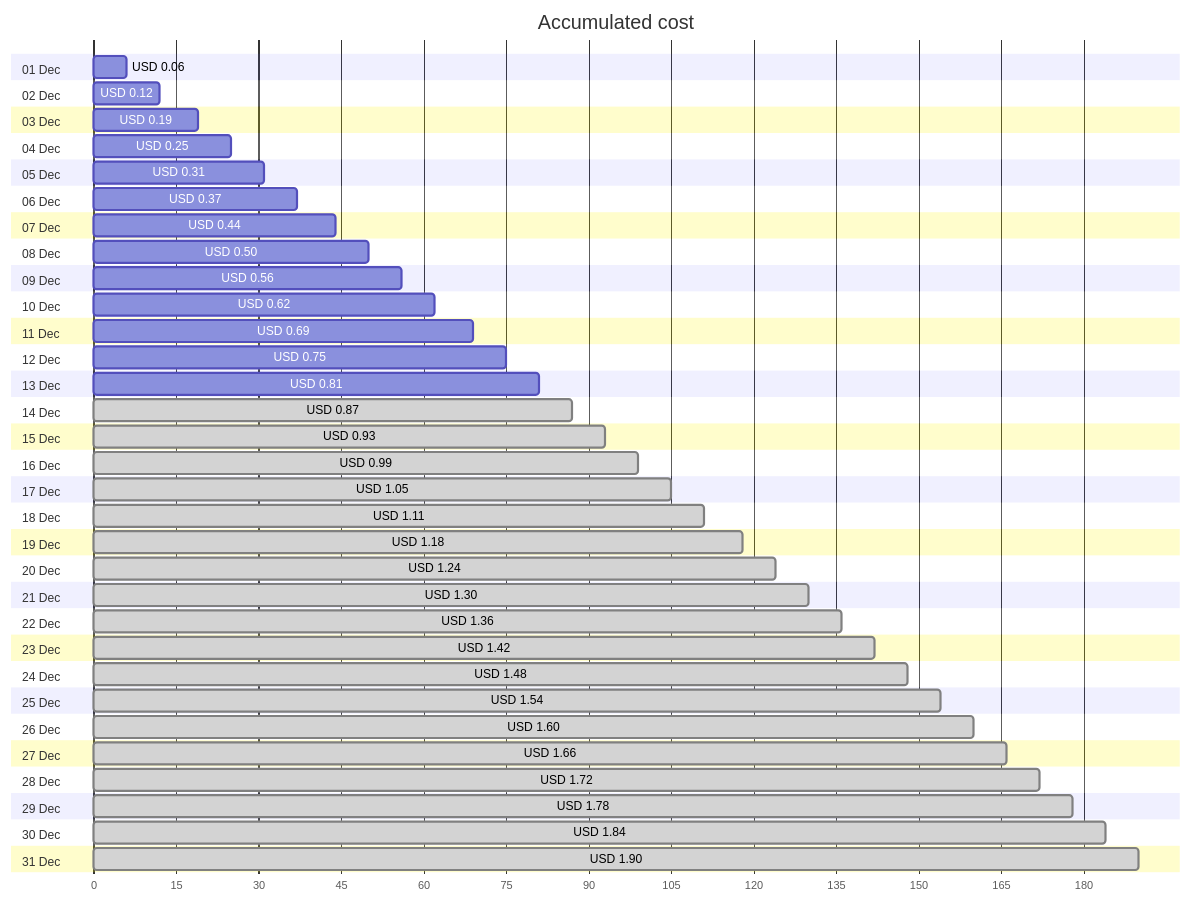
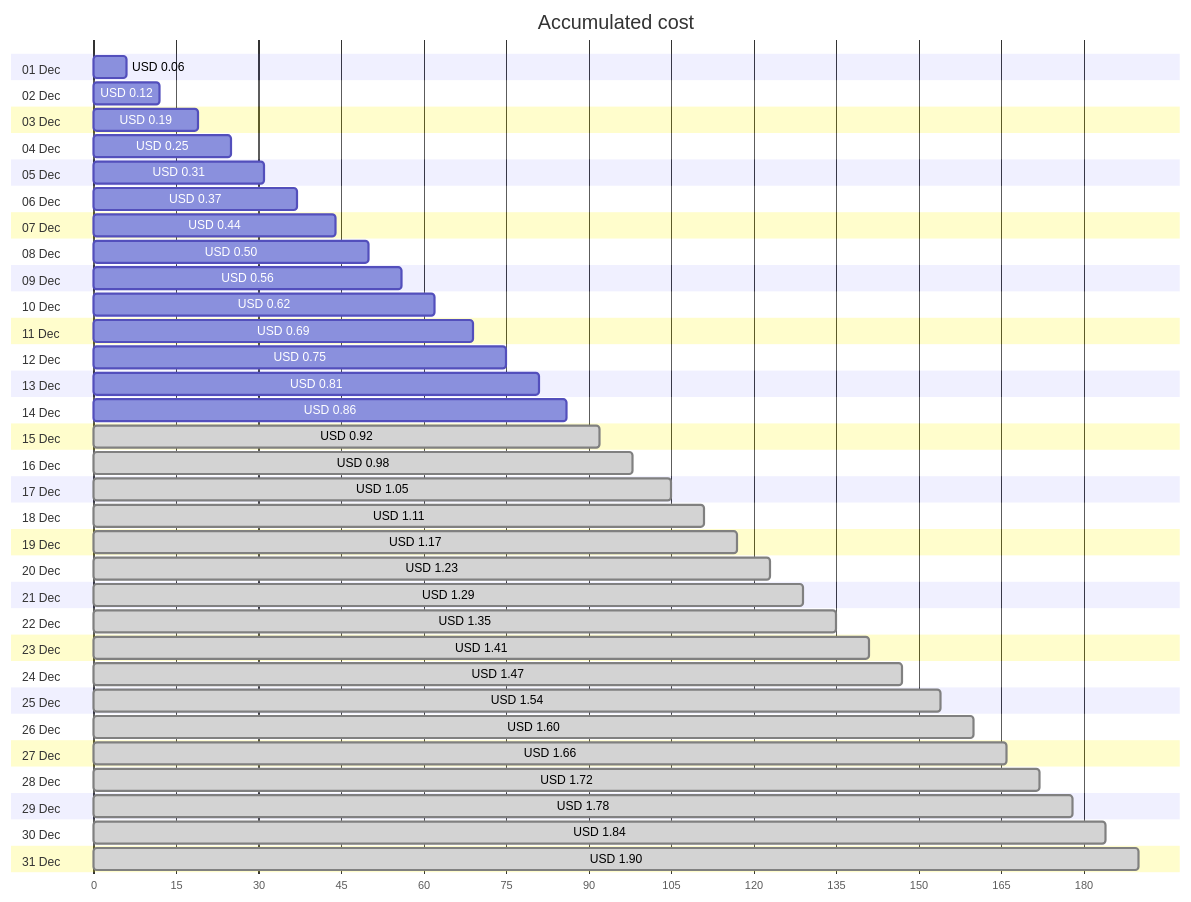
Before and after one commit to jpfulton/azure-personal-reports: the first of 4 diagrams in cost-reports/personal-network/vpn-server_OsDisk.md, drawn with Mermaid. The commit also changed other lines of this file and 8 other files, not shown here.

````diff
--- a/cost-reports/personal-network/vpn-server_OsDisk.md
+++ b/cost-reports/personal-network/vpn-server_OsDisk.md
@@ -20,68 +20,68 @@
 ```mermaid
 gantt
    title Accumulated cost
    dateFormat  X
    axisFormat %s
    section 01 Dec
    USD 0.06 :0, 6
    section 02 Dec
    USD 0.12 :0, 12
    section 03 Dec
    USD 0.19 :0, 19
    section 04 Dec
    USD 0.25 :0, 25
    section 05 Dec
    USD 0.31 :0, 31
    section 06 Dec
    USD 0.37 :0, 37
    section 07 Dec
    USD 0.44 :0, 44
    section 08 Dec
    USD 0.50 :0, 50
    section 09 Dec
    USD 0.56 :0, 56
    section 10 Dec
    USD 0.62 :0, 62
    section 11 Dec
    USD 0.69 :0, 69
    section 12 Dec
    USD 0.75 :0, 75
    section 13 Dec
    USD 0.81 :0, 81
    section 14 Dec
-   USD 0.87 : done, 0, 87
+   USD 0.86 :0, 86
    section 15 Dec
-   USD 0.93 : done, 0, 93
+   USD 0.92 : done, 0, 92
    section 16 Dec
-   USD 0.99 : done, 0, 99
+   USD 0.98 : done, 0, 98
    section 17 Dec
    USD 1.05 : done, 0, 105
    section 18 Dec
    USD 1.11 : done, 0, 111
    section 19 Dec
-   USD 1.18 : done, 0, 118
+   USD 1.17 : done, 0, 117
    section 20 Dec
-   USD 1.24 : done, 0, 124
+   USD 1.23 : done, 0, 123
    section 21 Dec
-   USD 1.30 : done, 0, 130
+   USD 1.29 : done, 0, 129
    section 22 Dec
-   USD 1.36 : done, 0, 136
+   USD 1.35 : done, 0, 135
    section 23 Dec
-   USD 1.42 : done, 0, 142
+   USD 1.41 : done, 0, 141
    section 24 Dec
-   USD 1.48 : done, 0, 148
+   USD 1.47 : done, 0, 147
    section 25 Dec
    USD 1.54 : done, 0, 154
    section 26 Dec
    USD 1.60 : done, 0, 160
    section 27 Dec
    USD 1.66 : done, 0, 166
    section 28 Dec
    USD 1.72 : done, 0, 172
    section 29 Dec
    USD 1.78 : done, 0, 178
    section 30 Dec
    USD 1.84 : done, 0, 184
    section 31 Dec
    USD 1.90 : done, 0, 190
 ```
````
